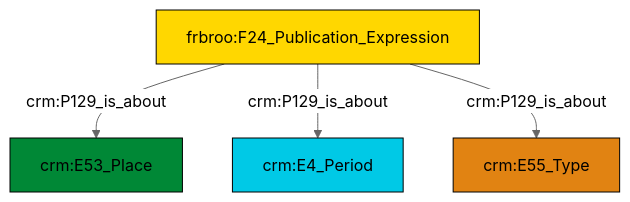
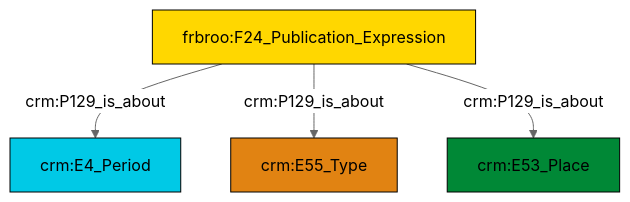
One commit to swiss-art-research-net/reference-data-models changed the diagram in et/biblioCSV/ttl/mmd/biblio_aboutness.ttl.mmd. Above: the diagram before and after it, drawn with Mermaid (neutral theme). The commit also changed 124 other files, not shown here.

```diff
--- a/et/biblioCSV/ttl/mmd/biblio_aboutness.ttl.mmd
+++ b/et/biblioCSV/ttl/mmd/biblio_aboutness.ttl.mmd
@@ -1,18 +1,18 @@
 graph TD
 classDef Literal fill:#f2f2f2,stroke:#000000;
 classDef CRM_Entity fill:#FFFFFF,stroke:#000000;
 classDef Temporal_Entity fill:#00C9E6, stroke:#000000;
 classDef Type fill:#E18312, stroke:#000000;
 classDef Time-Span fill:#2C9C91, stroke:#000000;
 classDef Appellation fill:#FFEB7F, stroke:#000000;
 classDef Place fill:#008836, stroke:#000000;
 classDef Persistent_Item fill:#B266B2, stroke:#000000;
 classDef Conceptual_Object fill:#FFD700, stroke:#000000;
 classDef Physical_Thing fill:#D2B48C, stroke:#000000;
 classDef Actor fill:#f58aad, stroke:#000000;
 classDef PC_Classes fill:#4ce600, stroke:#000000;
 classDef Multi fill:#cccccc,stroke:#000000;
 
-0["frbroo:F24_Publication_Expression"]:::Conceptual_Object -->|crm:P129_is_about| 2["crm:E53_Place"]:::Place
-0["frbroo:F24_Publication_Expression"]:::Conceptual_Object -->|crm:P129_is_about| 4["crm:E4_Period"]:::Temporal_Entity
-0["frbroo:F24_Publication_Expression"]:::Conceptual_Object -->|crm:P129_is_about| 6["crm:E55_Type"]:::Type
+0["frbroo:F24_Publication_Expression"]:::Conceptual_Object -->|crm:P129_is_about| 1["crm:E4_Period"]:::Temporal_Entity
+0["frbroo:F24_Publication_Expression"]:::Conceptual_Object -->|crm:P129_is_about| 5["crm:E55_Type"]:::Type
+0["frbroo:F24_Publication_Expression"]:::Conceptual_Object -->|crm:P129_is_about| 3["crm:E53_Place"]:::Place
```
